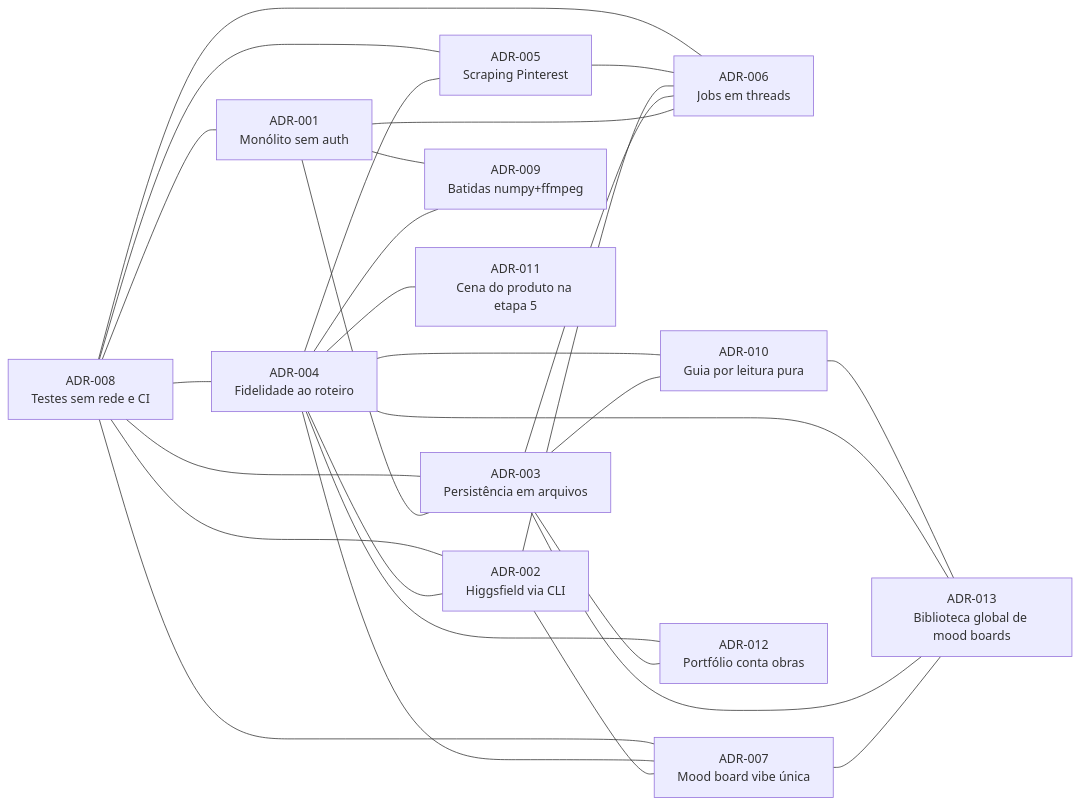
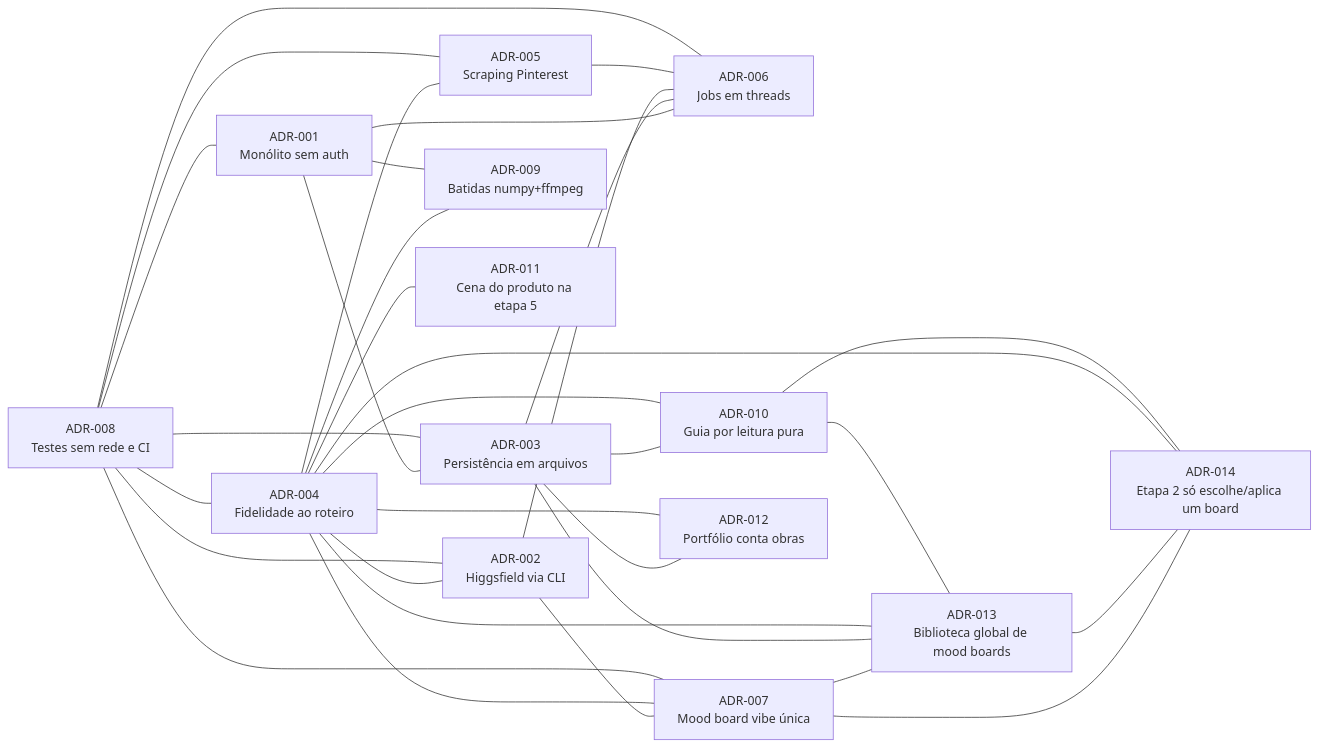
The diagram in docs/adrs/README.md (Arthur-Diego/orquestrador-studio), drawn with Mermaid before and after one commit. The commit also changed other lines of this file and 15 other files, not shown here.

First line of the commit message:
[ADH-OS-20260827-07] Etapa 2 (mood) só escolhe e aplica um board da biblioteca

````diff
--- a/docs/adrs/README.md
+++ b/docs/adrs/README.md
@@ -26,44 +27,49 @@
 ```mermaid
 graph LR
     ADR001["ADR-001<br/>Monólito sem auth"]
     ADR002["ADR-002<br/>Higgsfield via CLI"]
     ADR003["ADR-003<br/>Persistência em arquivos"]
     ADR004["ADR-004<br/>Fidelidade ao roteiro"]
     ADR005["ADR-005<br/>Scraping Pinterest"]
     ADR006["ADR-006<br/>Jobs em threads"]
     ADR007["ADR-007<br/>Mood board vibe única"]
     ADR008["ADR-008<br/>Testes sem rede e CI"]
 
     ADR001 --- ADR003
     ADR001 --- ADR006
     ADR003 --- ADR006
     ADR002 --- ADR006
     ADR005 --- ADR006
     ADR002 --- ADR007
     ADR004 --- ADR002
     ADR004 --- ADR005
     ADR004 --- ADR007
     ADR008 --- ADR001
     ADR008 --- ADR002
     ADR008 --- ADR003
     ADR008 --- ADR004
     ADR008 --- ADR005
     ADR008 --- ADR006
     ADR008 --- ADR007
     ADR009["ADR-009<br/>Batidas numpy+ffmpeg"]
     ADR010["ADR-010<br/>Guia por leitura pura"]
     ADR011["ADR-011<br/>Cena do produto na etapa 5"]
     ADR012["ADR-012<br/>Portfólio conta obras"]
     ADR004 --- ADR009
     ADR001 --- ADR009
     ADR003 --- ADR010
     ADR004 --- ADR010
     ADR004 --- ADR011
     ADR003 --- ADR012
     ADR004 --- ADR012
     ADR013["ADR-013<br/>Biblioteca global de mood boards"]
     ADR007 --- ADR013
     ADR003 --- ADR013
     ADR004 --- ADR013
     ADR010 --- ADR013
+    ADR014["ADR-014<br/>Etapa 2 só escolhe/aplica um board"]
+    ADR007 --- ADR014
+    ADR013 --- ADR014
+    ADR004 --- ADR014
+    ADR010 --- ADR014
 ```
````
